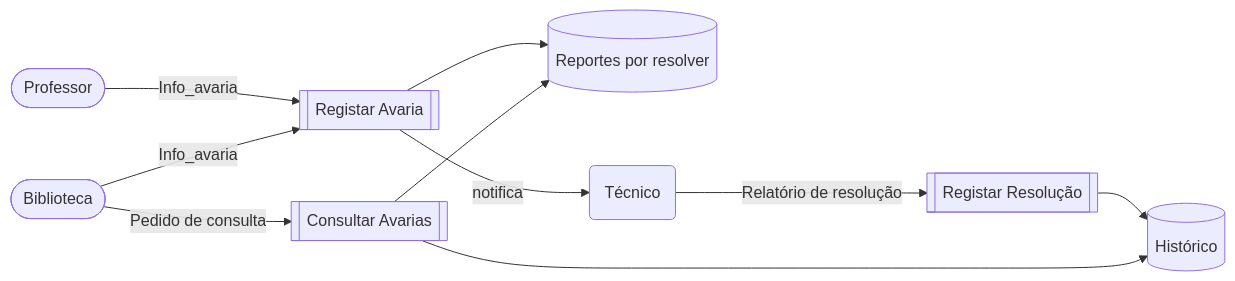
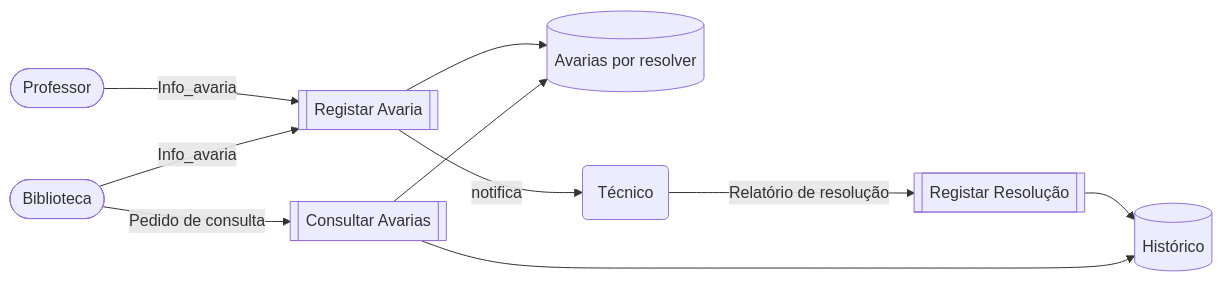
The diagram in docs/arquitetura.md (herberttrabalho2008-bot/Projeto-PASP), drawn with Mermaid before and after one commit. The commit also changed other lines of this file and 74 other files, not shown here.

````diff
--- a/docs/arquitetura.md
+++ b/docs/arquitetura.md
@@ -55,12 +57,12 @@
 ```mermaid
 graph LR
     Professor([Professor]) -- Info_avaria --> P1[[Registar Avaria]]
     Biblioteca([Biblioteca]) -- Info_avaria --> P1
-    P1 --> D1[(Reportes por resolver)]
+    P1 --> D1[(Avarias por resolver)]
     P1 -- notifica --> Tecnico(Técnico)
     Tecnico -- Relatório de resolução --> P2[[Registar Resolução]]
     P2 --> D2[(Histórico)]
     Biblioteca -- Pedido de consulta --> P3[[Consultar Avarias]]
     P3 --> D1
     P3 --> D2
 ```
````
